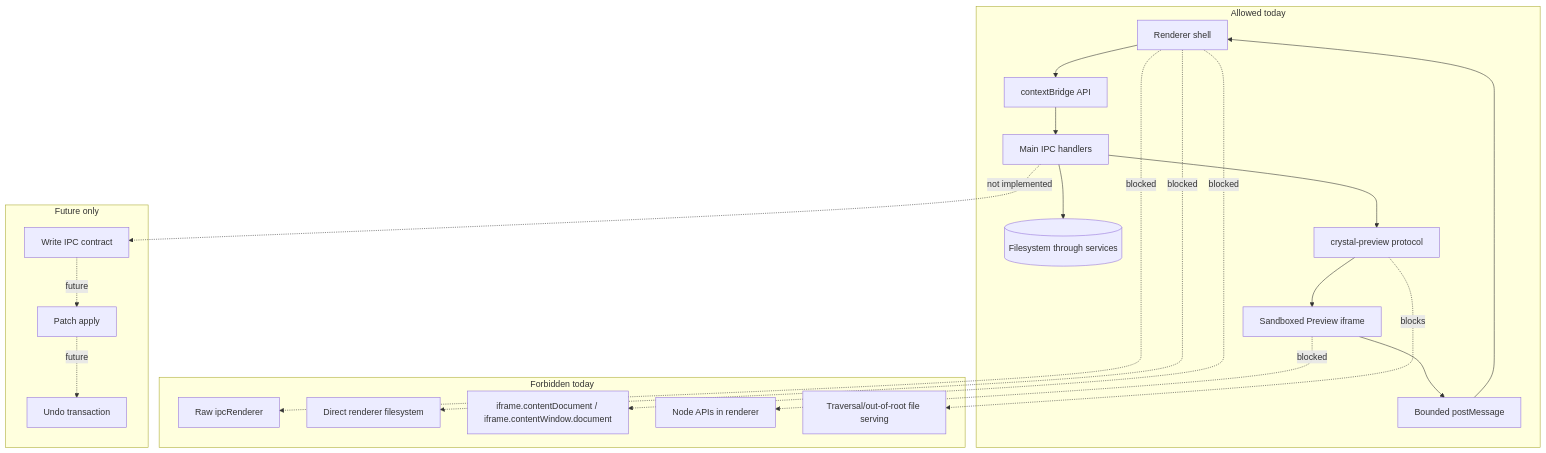
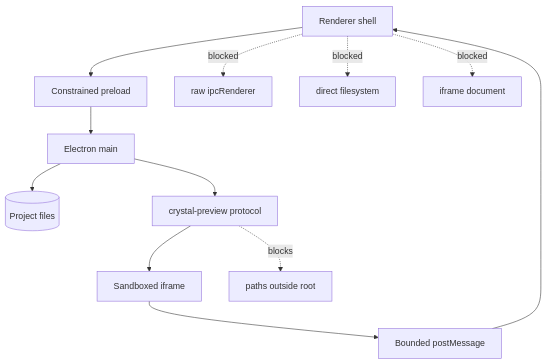
One commit to krestosa/Crystal changed the diagram in docs/architecture/security-model.md. Above: the diagram before and after it, drawn with Mermaid. The commit also changed other lines of this file and 60 other files, not shown here.

````diff
--- a/docs/architecture/security-model.md
+++ b/docs/architecture/security-model.md
@@ -70,35 +46,14 @@
 ```mermaid
 flowchart TD
-  subgraph Allowed[Allowed today]
-    Renderer[Renderer shell] --> Preload[contextBridge API]
-    Preload --> Main[Main IPC handlers]
-    Main --> FS[(Filesystem through services)]
-    Main --> Protocol[crystal-preview protocol]
-    Protocol --> Iframe[Sandboxed Preview iframe]
-    Iframe --> Message[Bounded postMessage]
-    Message --> Renderer
-  end
-
-  subgraph Forbidden[Forbidden today]
-    RawIPC[Raw ipcRenderer]
-    DirectFS[Direct renderer filesystem]
-    IframeDOM[iframe.contentDocument / iframe.contentWindow.document]
-    NodeAPI[Node APIs in renderer]
-    Traversal[Traversal/out-of-root file serving]
-  end
-
-  subgraph FutureOnly[Future only]
-    WriteIPC[Write IPC contract]
-    PatchApply[Patch apply]
-    Undo[Undo transaction]
-  end
-
-  Renderer -. blocked .-> RawIPC
-  Renderer -. blocked .-> DirectFS
-  Renderer -. blocked .-> IframeDOM
-  Iframe -. blocked .-> NodeAPI
-  Protocol -. blocks .-> Traversal
-  Main -. not implemented .-> WriteIPC
-  WriteIPC -. future .-> PatchApply
-  PatchApply -. future .-> Undo
+  Renderer[Renderer shell] --> Preload[Constrained preload]
+  Preload --> Main[Electron main]
+  Main --> Files[(Project files)]
+  Main --> Protocol[crystal-preview protocol]
+  Protocol --> Frame[Sandboxed iframe]
+  Frame --> Message[Bounded postMessage]
+  Message --> Renderer
+  Renderer -. blocked .-> RawIPC[raw ipcRenderer]
+  Renderer -. blocked .-> DirectFS[direct filesystem]
+  Renderer -. blocked .-> IframeDOM[iframe document]
+  Protocol -. blocks .-> Outside[paths outside root]
 ```
````
